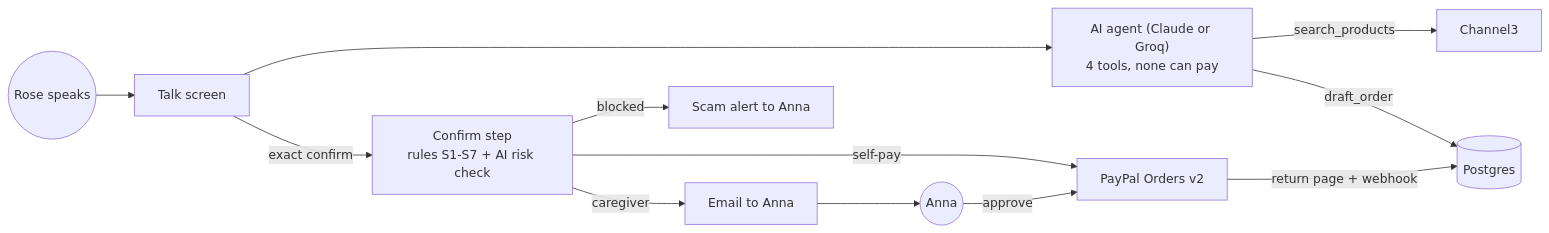
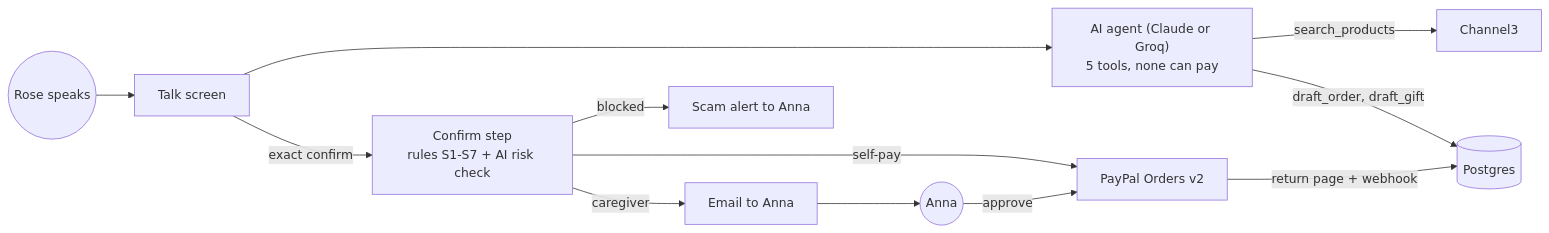
One commit to hiteshfirke/carecart changed the diagram in README.md. Above: the diagram before and after it, drawn with Mermaid. The commit also changed other lines of this file and 4 other files, not shown here.

````diff
--- a/README.md
+++ b/README.md
@@ -39,13 +51,13 @@
 ```mermaid
 flowchart LR
   Rose((Rose speaks)) --> Talk[Talk screen]
-  Talk --> Agent["AI agent (Claude or Groq)<br/>4 tools, none can pay"]
+  Talk --> Agent["AI agent (Claude or Groq)<br/>5 tools, none can pay"]
   Agent -- search_products --> C3[Channel3]
-  Agent -- draft_order --> DB[(Postgres)]
+  Agent -- "draft_order, draft_gift" --> DB[(Postgres)]
   Talk -- "exact confirm" --> Confirm["Confirm step<br/>rules S1-S7 + AI risk check"]
   Confirm -- self-pay --> PP[PayPal Orders v2]
   Confirm -- caregiver --> Email[Email to Anna]
   Confirm -- blocked --> Alert[Scam alert to Anna]
   Email --> Anna((Anna)) -- approve --> PP
   PP -- "return page + webhook" --> DB
 ```
````
